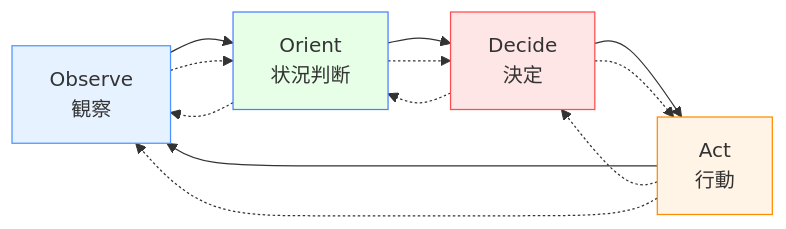
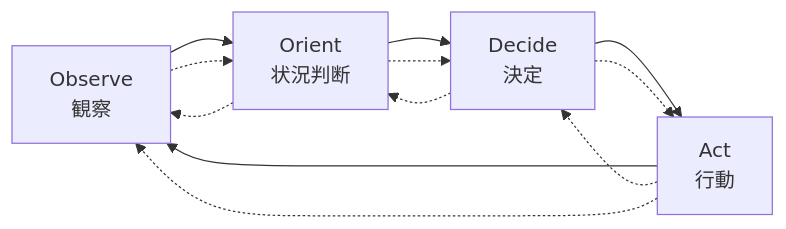
The third of 10 diagrams in docs/applications/military-dm.md (shuji-bonji/Situational-Awareness-and-Decision-Making), drawn with Mermaid before and after one commit. The commit also changed other lines of this file and 49 other files, not shown here.

Commit message:
fix: ダークモードで見づらい図の色の変更

````diff
--- a/docs/applications/military-dm.md
+++ b/docs/applications/military-dm.md
@@ -99,20 +99,20 @@
     ```mermaid
     graph LR
         A[Observe<br>観察] --> B[Orient<br>状況判断]
         B --> C[Decide<br>決定]
         C --> D[Act<br>行動]
         D --> A
         
         A -.-> B
         B -.-> A
         B -.-> C
         C -.-> B
         C -.-> D
         D -.-> C
         D -.-> A
         
-        style A fill:#e6f2ff,stroke:#4d94ff
-        style B fill:#e6ffe6,stroke:#4d7fff
-        style C fill:#ffe6e6,stroke:#ff4d4d
-        style D fill:#fff4e6,stroke:#ff8c00
+    
+    
+    
+    
     ```
````
